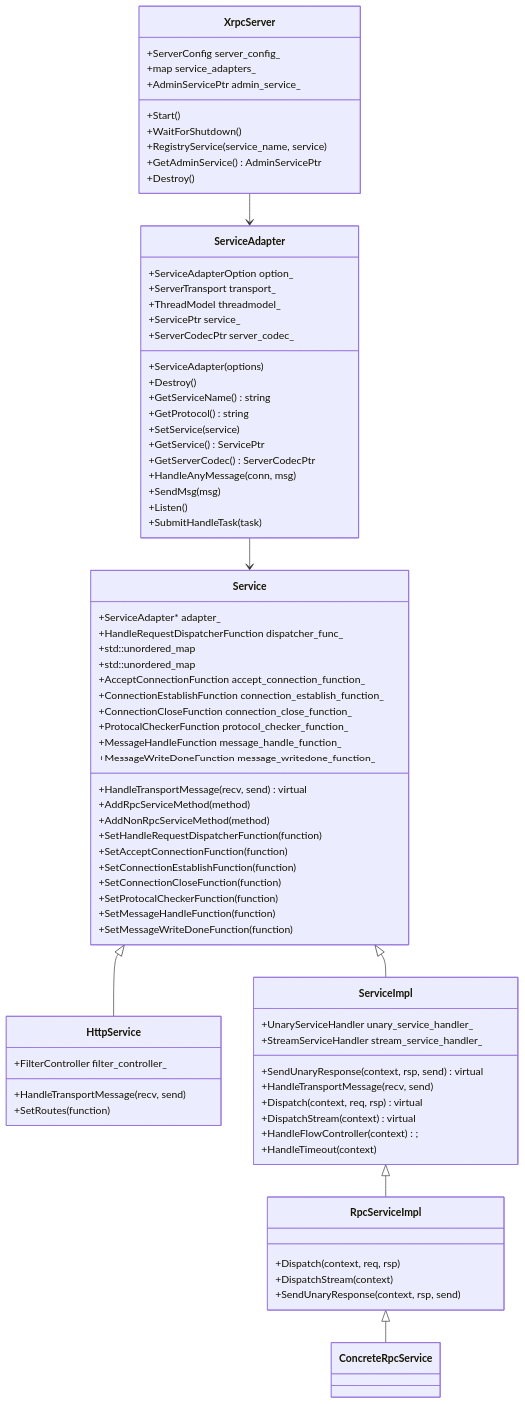
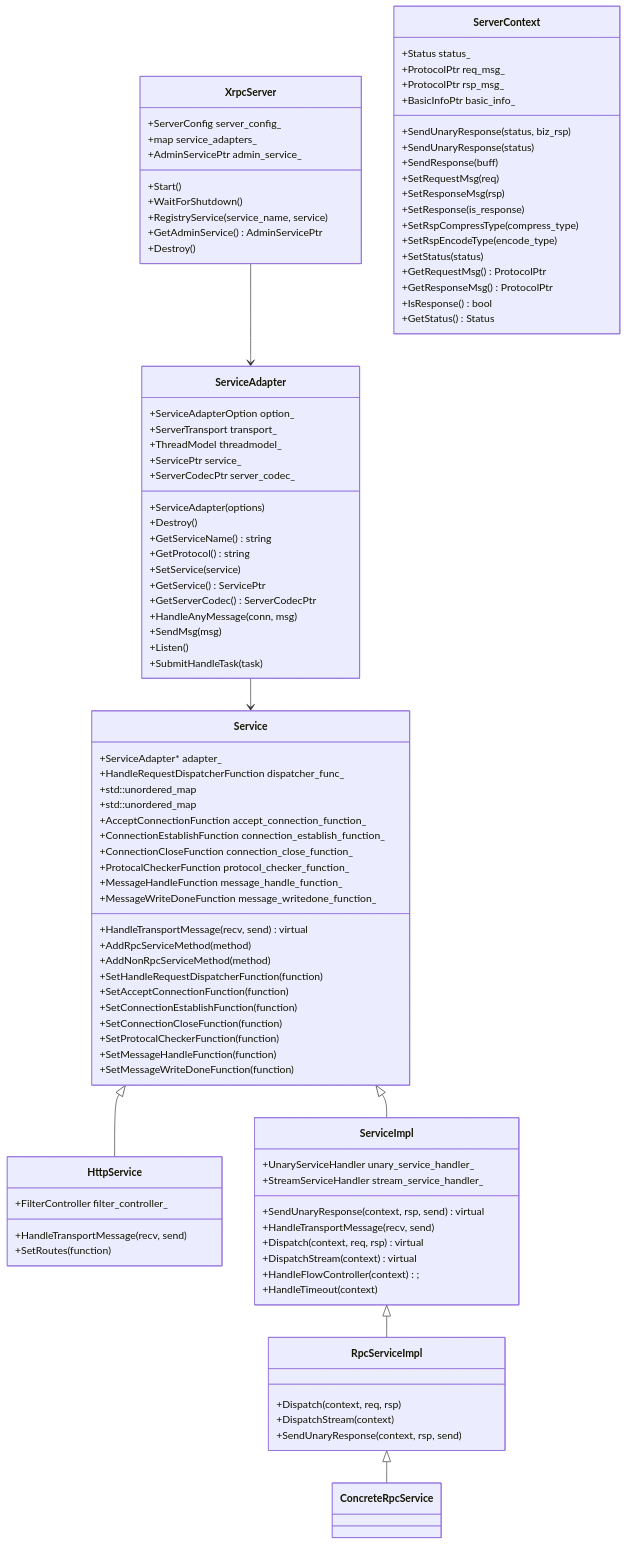
One commit to lsj9383/blog changed the diagram in posts/xrpc/xrpc-server/readme.md. Above: the diagram before and after it, drawn with Mermaid. The commit also changed other lines of this file, not shown here.

````diff
--- a/posts/xrpc/xrpc-server/readme.md
+++ b/posts/xrpc/xrpc-server/readme.md
@@ -113,4 +116,24 @@
   +HandleTransportMessage(recv, send)
   +SetRoutes(function)
 }
+
+class ServerContext {
+  +Status status_
+  +ProtocolPtr req_msg_
+  +ProtocolPtr rsp_msg_
+  +BasicInfoPtr basic_info_
+  +SendUnaryResponse(status, biz_rsp)
+  +SendUnaryResponse(status)
+  +SendResponse(buff)
+  +SetRequestMsg(req)
+  +SetResponseMsg(rsp)
+  +SetResponse(is_response)
+  +SetRspCompressType(compress_type)
+  +SetRspEncodeType(encode_type)
+  +SetStatus(status)
+  +GetRequestMsg() ProtocolPtr
+  +GetResponseMsg() ProtocolPtr
+  +IsResponse() bool
+  +GetStatus() Status
+}
 ```
````
